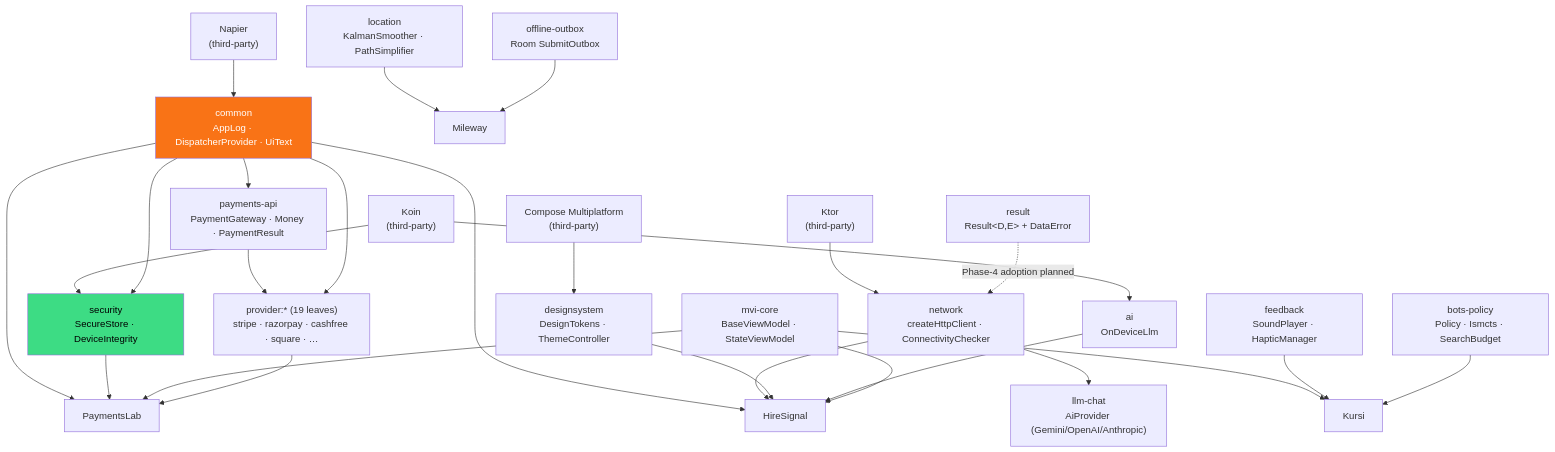
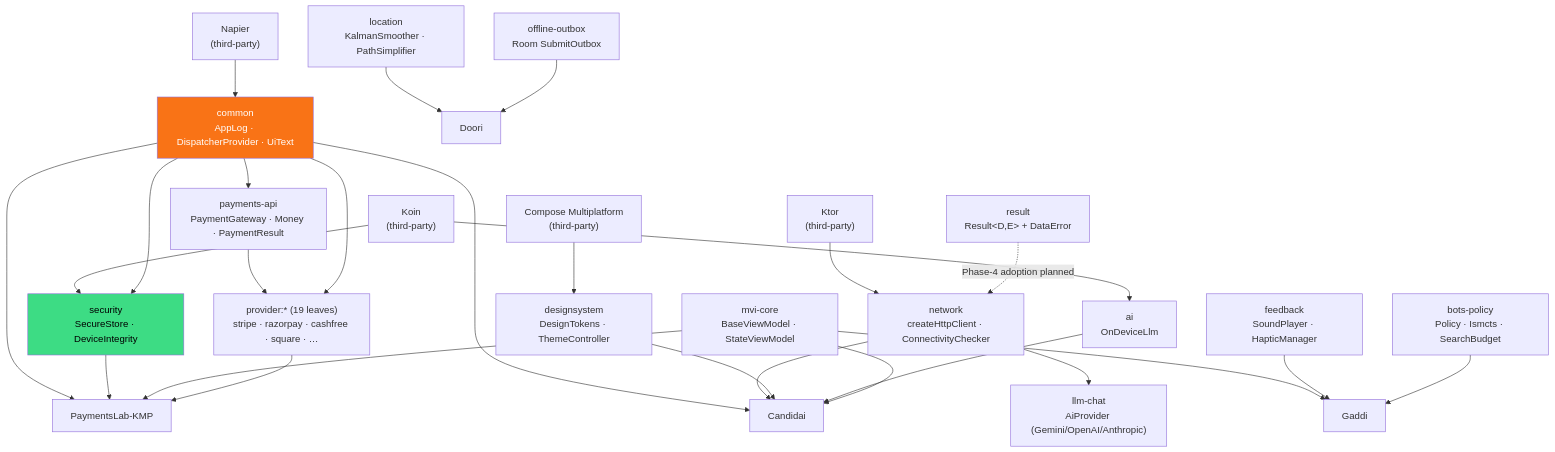
The second of 3 diagrams in README.md (darkpandawarrior/kmp-toolkit), drawn with Mermaid before and after one commit. The commit also changed other lines of this file, not shown here.

````diff
--- a/README.md
+++ b/README.md
@@ -210,56 +210,56 @@
 ```mermaid
 graph TD
     NAPIER["Napier<br/>(third-party)"]
     KTOR["Ktor<br/>(third-party)"]
     KOIN["Koin<br/>(third-party)"]
     CMP["Compose Multiplatform<br/>(third-party)"]
 
     RESULT["result<br/>Result&lt;D,E&gt; + DataError"]
     COMMON["common<br/>AppLog · DispatcherProvider · UiText"]
     MVI["mvi-core<br/>BaseViewModel · StateViewModel"]
     NETWORK["network<br/>createHttpClient · ConnectivityChecker"]
     SECURITY["security<br/>SecureStore · DeviceIntegrity"]
     DESIGNSYSTEM["designsystem<br/>DesignTokens · ThemeController"]
     AI["ai<br/>OnDeviceLlm"]
     FEEDBACK["feedback<br/>SoundPlayer · HapticManager"]
     LOCATION["location<br/>KalmanSmoother · PathSimplifier"]
     LLMCHAT["llm-chat<br/>AiProvider (Gemini/OpenAI/Anthropic)"]
     PAYMENTSAPI["payments-api<br/>PaymentGateway · Money · PaymentResult"]
     PROVIDERS["provider:* (19 leaves)<br/>stripe · razorpay · cashfree · square · …"]
     OUTBOX["offline-outbox<br/>Room SubmitOutbox"]
     BOTS["bots-policy<br/>Policy · Ismcts · SearchBudget"]
 
     NAPIER --> COMMON
     KTOR --> NETWORK
     KOIN --> AI
     KOIN --> SECURITY
     CMP --> DESIGNSYSTEM
 
     COMMON --> SECURITY
     RESULT -.->|"Phase-4 adoption planned"| NETWORK
     NETWORK --> LLMCHAT
     COMMON --> PAYMENTSAPI
     PAYMENTSAPI --> PROVIDERS
     COMMON --> PROVIDERS
 
-    COMMON --> HIRESIGNAL["HireSignal"]
+    COMMON --> HIRESIGNAL["Candidai"]
     NETWORK --> HIRESIGNAL
     DESIGNSYSTEM --> HIRESIGNAL
     AI --> HIRESIGNAL
     MVI --> HIRESIGNAL
 
-    COMMON --> PAYMENTSLAB["PaymentsLab"]
+    COMMON --> PAYMENTSLAB["PaymentsLab-KMP"]
     SECURITY --> PAYMENTSLAB
     MVI --> PAYMENTSLAB
     PROVIDERS --> PAYMENTSLAB
 
-    LOCATION --> MILEWAY["Mileway"]
+    LOCATION --> MILEWAY["Doori"]
     OUTBOX --> MILEWAY
 
-    MVI --> KURSI["Kursi"]
+    MVI --> KURSI["Gaddi"]
     FEEDBACK --> KURSI
     BOTS --> KURSI
 
     style SECURITY fill:#3DDC84,color:#000
     style COMMON fill:#F97316,color:#fff
 ```
````
